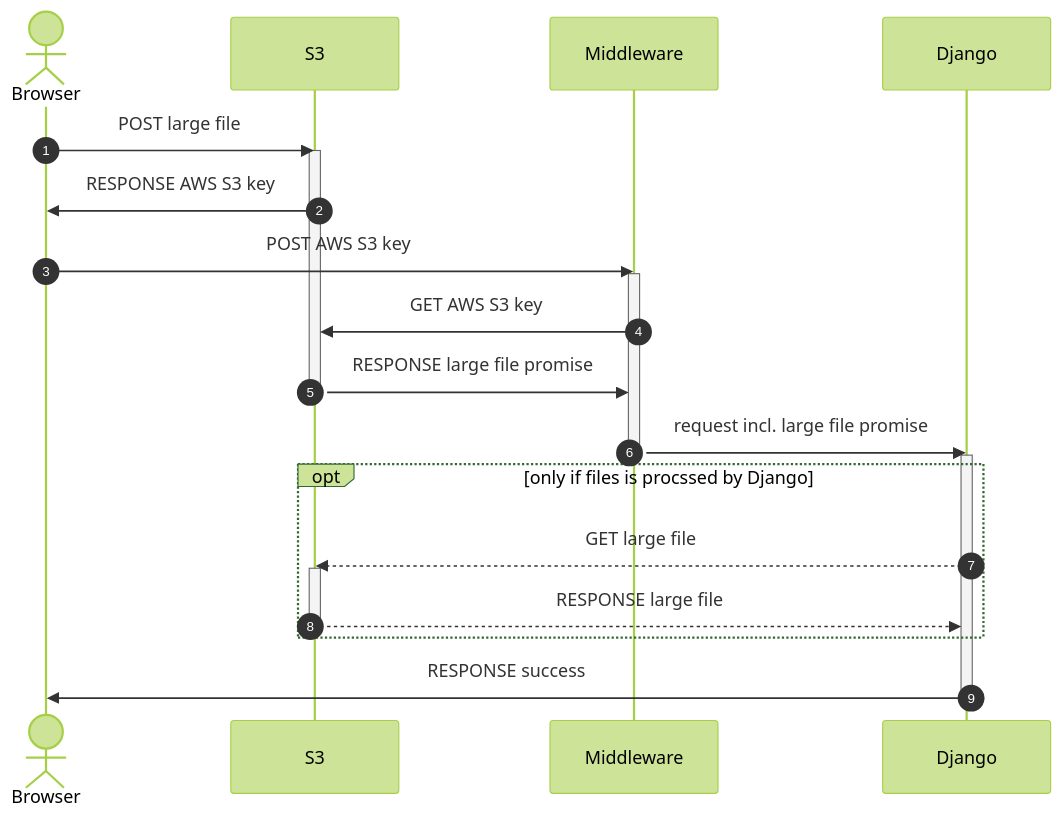
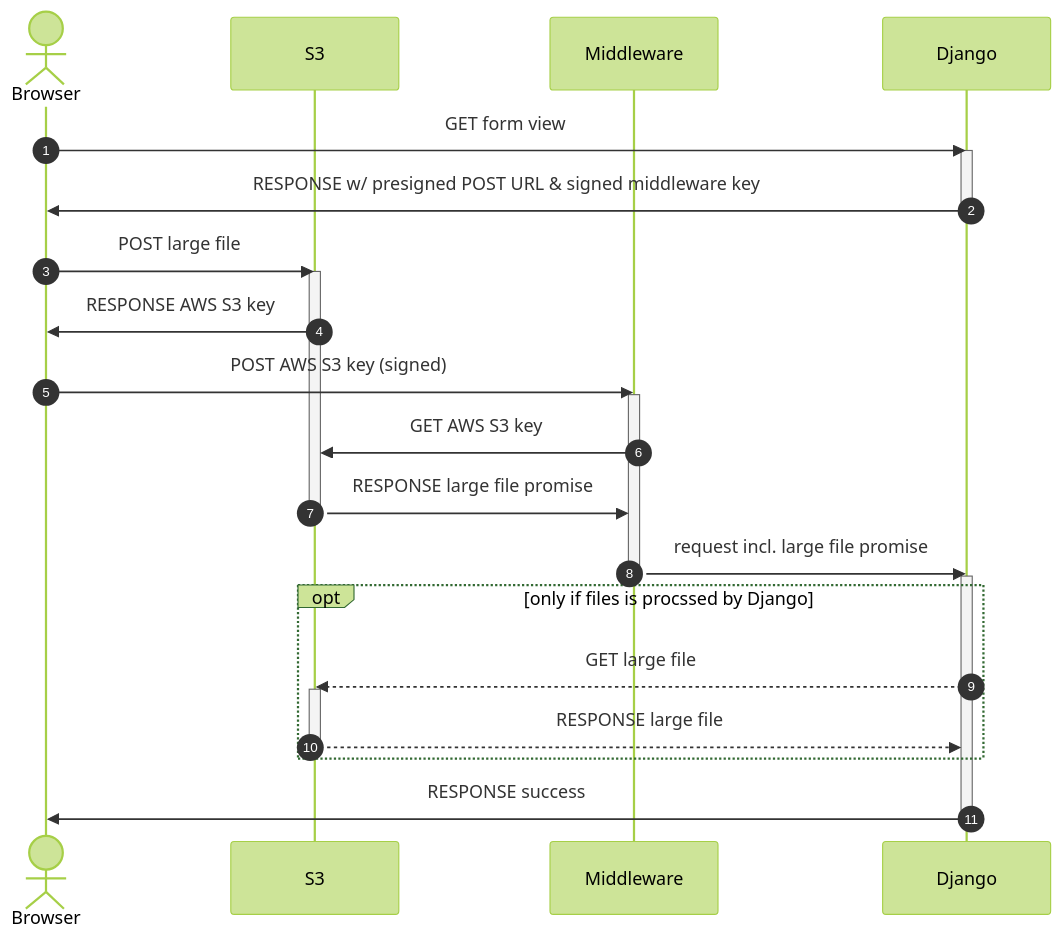
Before and after one commit to codingjoe/django-s3file: the diagram in README.md, drawn with Mermaid (forest theme). The commit also changed 7 other files, not shown here.

````diff
--- a/README.md
+++ b/README.md
@@ -28,24 +28,30 @@
 ```mermaid
 sequenceDiagram
     autonumber
     actor Browser
+    participant S3
+    participant Middleware
+    Browser->>Django: GET form view
+    activate Django
+    Django->>Browser: RESPONSE w/ presigned POST URL & signed middleware key
+    deactivate Django
     Browser->>S3: POST large file
     activate S3
     S3->>Browser: RESPONSE AWS S3 key
-    Browser->>Middleware: POST AWS S3 key
+    Browser->>Middleware: POST AWS S3 key (signed)
     activate Middleware
     Middleware->>S3: GET AWS S3 key
     S3->>Middleware: RESPONSE large file promise
     deactivate S3
     Middleware->>Django: request incl. large file promise
     deactivate Middleware
     activate Django
     opt only if files is procssed by Django
         Django-->>S3: GET large file
         activate S3
         S3-->>Django: RESPONSE large file
         deactivate S3
     end
     Django->>Browser: RESPONSE success
     deactivate Django
 ```
````
